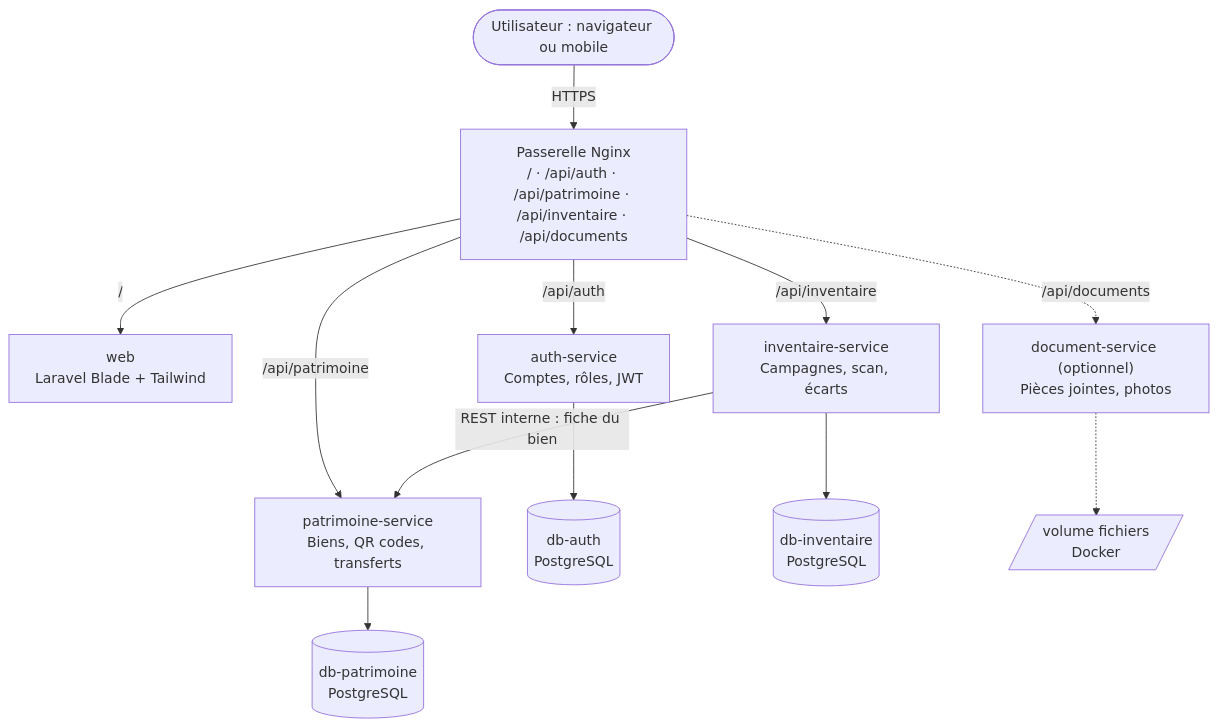
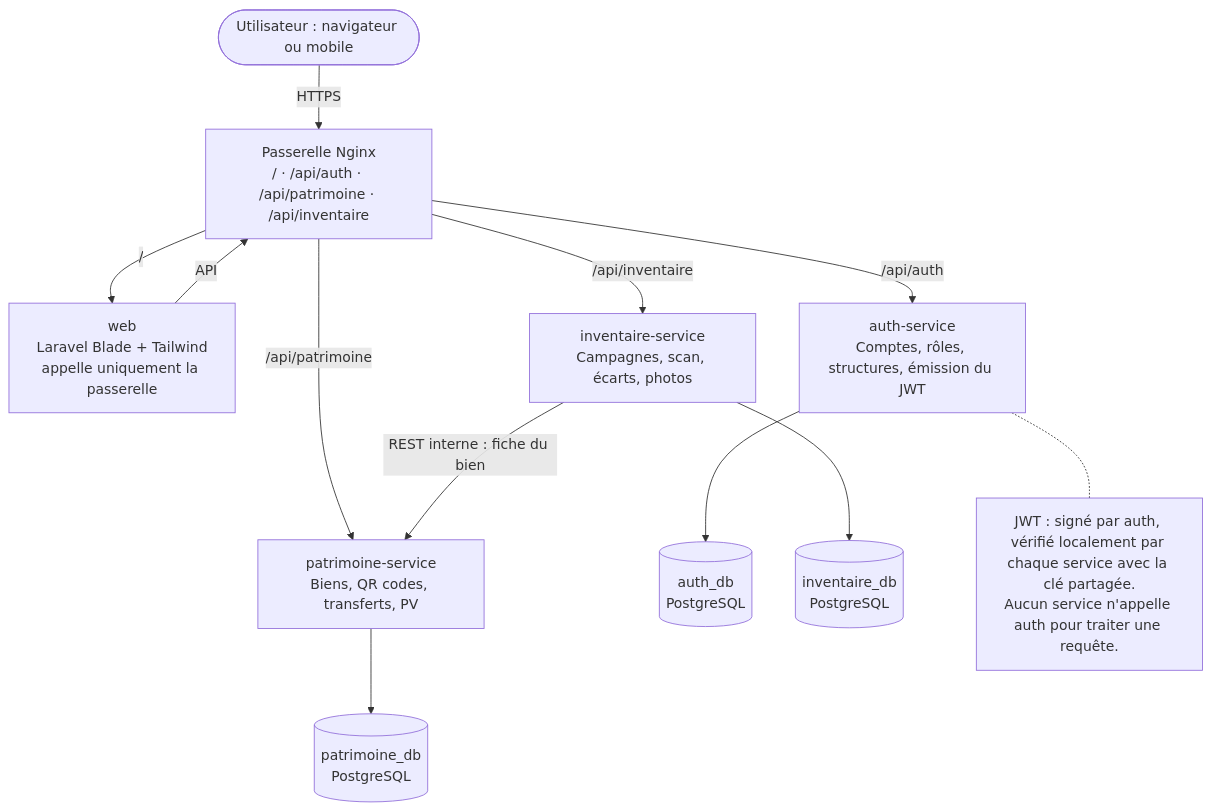
The diagram in docs/Diagrammes/05-architecture.mmd (samTompkins17/Koffr-ix), drawn with Mermaid before and after one commit. The commit also changed 2 other files, not shown here.

Commit message:
docs : diagrammes alignés sur l'architecture réalisée

```diff
--- a/docs/Diagrammes/05-architecture.mmd
+++ b/docs/Diagrammes/05-architecture.mmd
@@ -1,28 +1,28 @@
 flowchart TB
     user(["Utilisateur : navigateur ou mobile"])
-    gw["Passerelle Nginx<br/>/ · /api/auth · /api/patrimoine · /api/inventaire · /api/documents"]
+    gw["Passerelle Nginx<br/>/ · /api/auth · /api/patrimoine · /api/inventaire"]
 
-    web["web<br/>Laravel Blade + Tailwind"]
-    auth["auth-service<br/>Comptes, rôles, JWT"]
-    pat["patrimoine-service<br/>Biens, QR codes, transferts"]
-    inv["inventaire-service<br/>Campagnes, scan, écarts"]
-    doc["document-service (optionnel)<br/>Pièces jointes, photos"]
+    web["web<br/>Laravel Blade + Tailwind<br/>appelle uniquement la passerelle"]
+    auth["auth-service<br/>Comptes, rôles, structures, émission du JWT"]
+    pat["patrimoine-service<br/>Biens, QR codes, transferts, PV"]
+    inv["inventaire-service<br/>Campagnes, scan, écarts, photos"]
 
-    dba[("db-auth<br/>PostgreSQL")]
-    dbp[("db-patrimoine<br/>PostgreSQL")]
-    dbi[("db-inventaire<br/>PostgreSQL")]
-    vol[/"volume fichiers<br/>Docker"/]
+    dba[("auth_db<br/>PostgreSQL")]
+    dbp[("patrimoine_db<br/>PostgreSQL")]
+    dbi[("inventaire_db<br/>PostgreSQL")]
 
     user -->|HTTPS| gw
     gw -->|"/"| web
+    web -->|"API"| gw
     gw -->|"/api/auth"| auth
     gw -->|"/api/patrimoine"| pat
     gw -->|"/api/inventaire"| inv
-    gw -.->|"/api/documents"| doc
 
     auth --> dba
     pat --> dbp
     inv --> dbi
-    doc -.-> vol
 
     inv -->|"REST interne : fiche du bien"| pat
+
+    note1["JWT : signé par auth, vérifié localement par chaque service avec la clé partagée.<br/>Aucun service n'appelle auth pour traiter une requête."]
+    auth -.- note1
```
